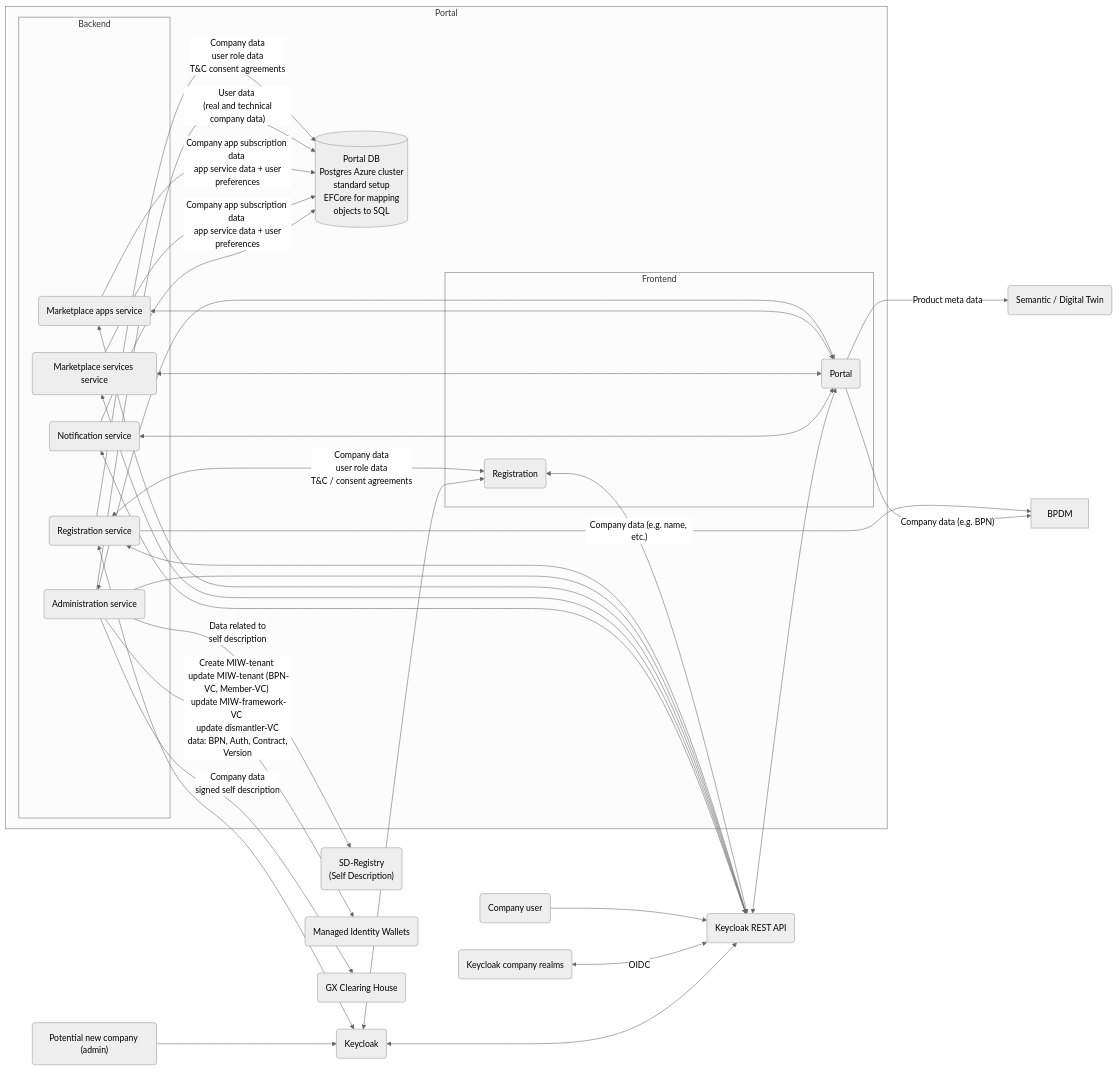
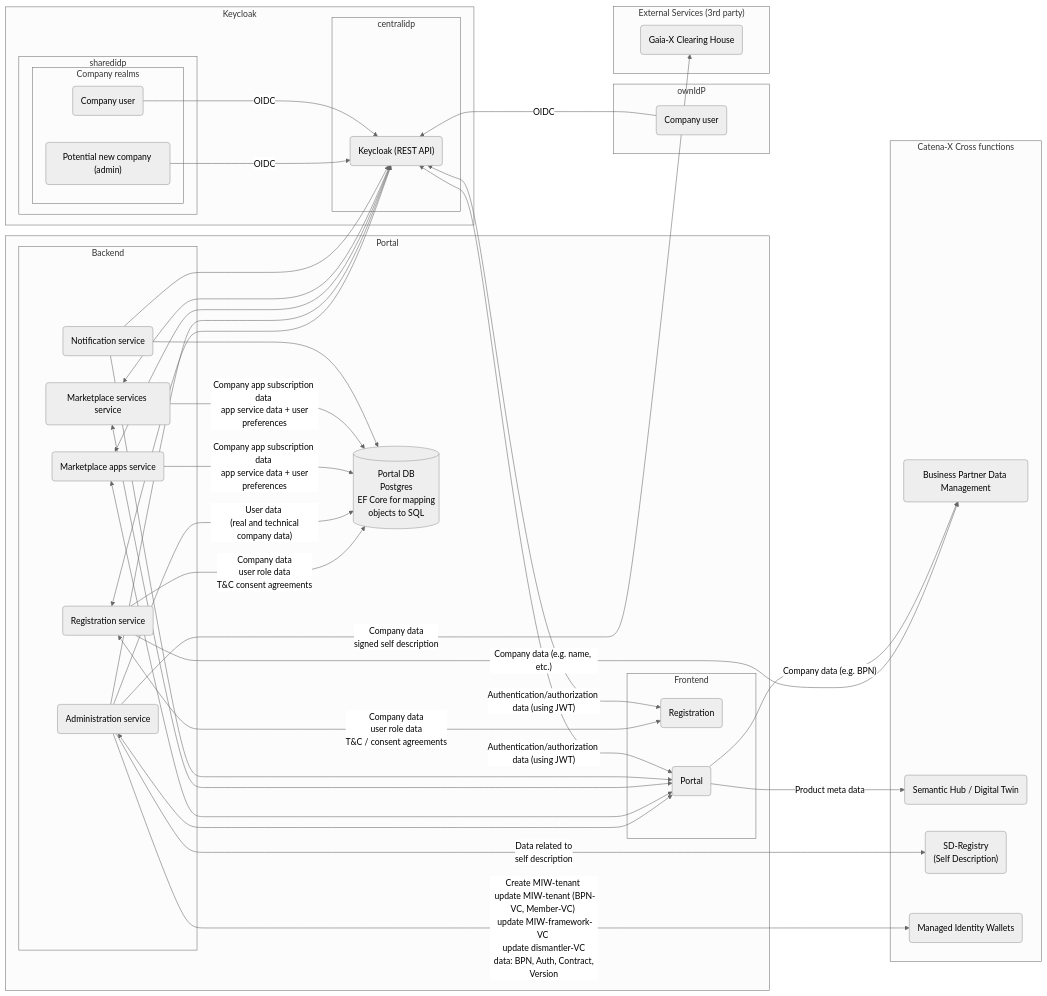
One commit to eclipse-tractusx/portal-assets changed the diagram in developer/Technical Documentation/Architecture/Security-Assessment.md. Above: the diagram before and after it, drawn with Mermaid (neutral theme).

Commit message:
docs(data-flow): improve diagram mainly by adding subgraphs

````diff
--- a/developer/Technical Documentation/Architecture/Security-Assessment.md
+++ b/developer/Technical Documentation/Architecture/Security-Assessment.md
@@ -5,9 +5,4 @@
 ```mermaid
-%%{
-  init: {
-    'flowchart': { 'diagramPadding': '10', 'wrappingWidth': '', 'nodeSpacing': '', 'rankSpacing':'', 'titleTopMargin':'10', 'curve':'basis'},
-  }
-}%%
 flowchart LR
 
     RF("Registration")
@@ -19,16 +14,18 @@
     MSS(Marketplace services service)
     NS(Notification service)
 
-    BPDM
-    SDT(Semantic / Digital Twin)
+    NC("Potential new company (admin)")
+    CU-Shared(Company user)
+    CU-Own(Company user)
+
+    K("Keycloak (REST API)")
+
+    BPDM(Business Partner Data Management)
+    SDT(Semantic Hub / Digital Twin)
     SDR("SD-Registry \n (Self Description)")
     MIW(Managed Identity Wallets)
-    NC("Potential new company (admin)")
-    CU(Company user)
 
-    K(Keycloak)
-    KAPI(Keycloak REST API)
-    KCR(Keycloak company realms)
+    CH(Gaia-X Clearing House)
 
     subgraph Portal
         subgraph Frontend
@@ -42,16 +39,38 @@
         MSS
         NS
         end
-    PDB[(Portal DB \n Postgres Azure cluster \n standard setup \n EFCore for mapping \n objects to SQL)]
+    PDB[(Portal DB \n Postgres \n EF Core for mapping \n objects to SQL)]
+    end
+    subgraph Keycloak
+      subgraph centralidp
+      K
+      end
+      subgraph sharedidp
+        subgraph Company realms
+        NC
+        CU-Shared
+        end
+      end
+    end
+    subgraph ownIdP
+    CU-Own
+    end
+    subgraph cross[Catena-X Cross functions]
+    BPDM
+    SDT
+    SDR
+    MIW
+    end
+    subgraph ext["External Services (3rd party)"]
+    CH
     end
   
     RS <-->|Company data \n user role data \n T&C / consent agreements| RF
-    RS <--> KAPI
     RS <--> K
     RS -->|Company data \n user role data \n T&C consent agreements| PDB
     RS -->|"Company data (e.g. name, etc.)"| BPDM
 
-    AS --> KAPI
+    AS --> K
     AS <--> PF
     AS -->|"User data \n (real and technical company data)"| PDB
     AS -->|Data related to \n self description| SDR
@@ -59,28 +78,20 @@
     AS -->|Company data \n signed self description| CH
 
     MAS -->|Company app subscription data \n app service data + user preferences| PDB
-    MAS <--> KAPI
-    MAS <--> PF
+    MAS <--> K & PF
 
-    MSS <--> PF
-    MSS <--> KAPI
+    MSS <--> PF & K
     MSS -->|Company app subscription data \n app service data + user preferences| PDB
 
-    NS -->PDB
-    NS <--> PF
-    NS <--> KAPI
+    NS --> PDB & PF & K
 
     PF -->|Product meta data| SDT
     PF -->|"Company data (e.g. BPN)"| BPDM
 
-    NC --> K
-    CU --> KAPI
-    KCR <-->|OIDC| KAPI
+    NC & CU-Shared & CU-Own --> |OIDC| K
 
-    CH(GX Clearing House)
+    K <--> |"Authentication/authorization data (using JWT)"| RF & PF
 
-    K <--> RF
-    KAPI <--> PF
-    RF <--> KAPI
-    K <--> KAPI
+    %% workaround to improve arrangement of subgraphs
+    K ~~~ ownIdP & cross & ext
 ```
````
